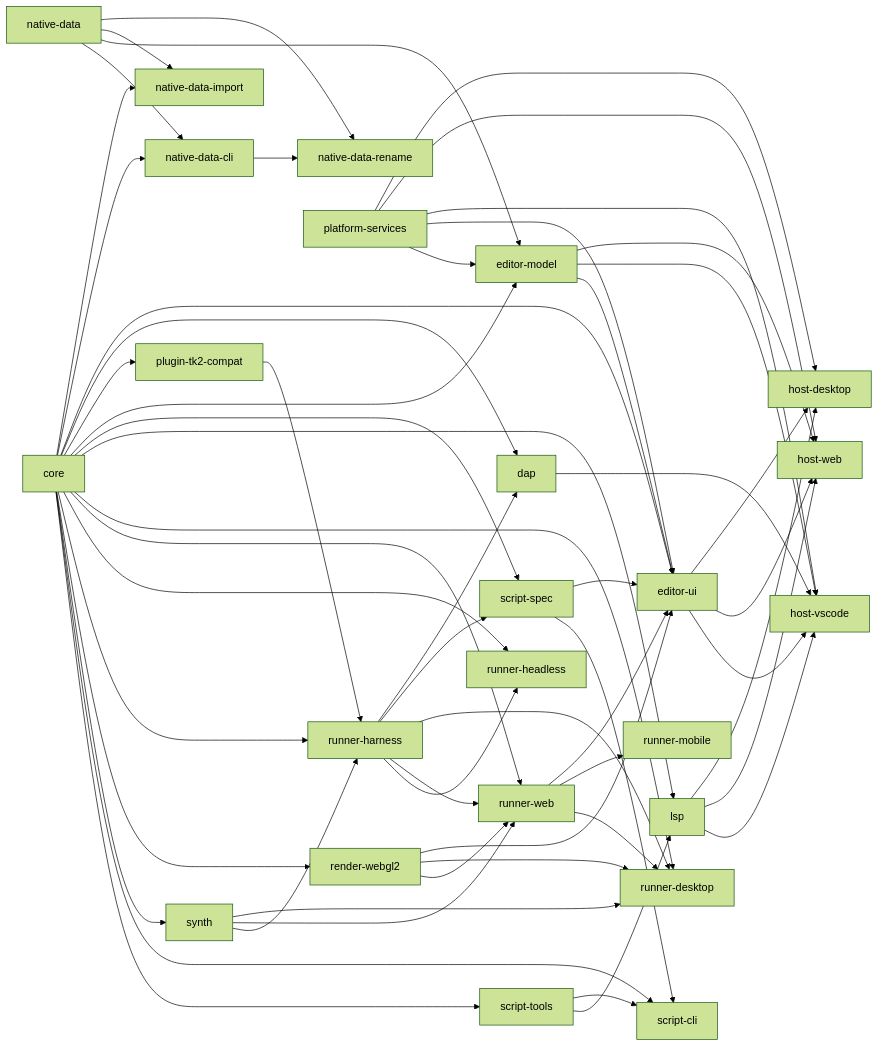
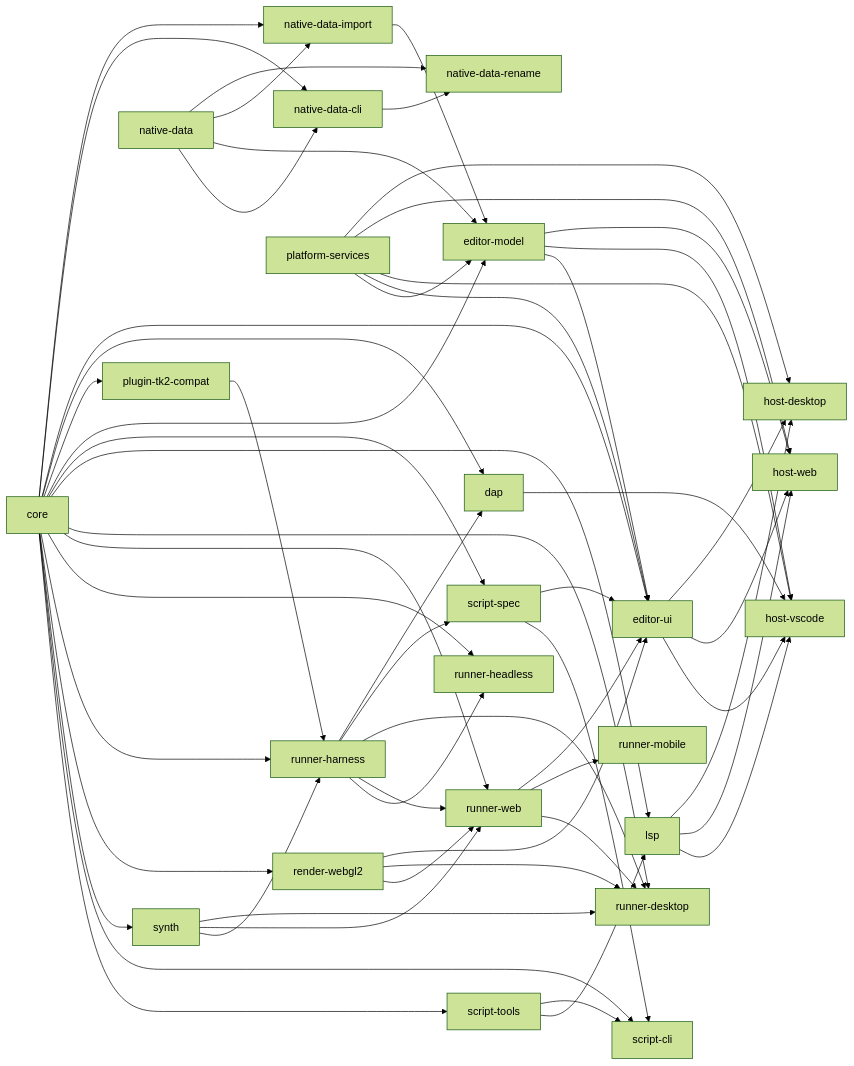
Before and after one commit to tk-reawakened/rpgtoolkit-reawakened: the first of 3 diagrams in _bmad-output/initiative-rpgtoolkit-reawakened/architecture-rpgtoolkit-reawakened/architecture-rpgtoolkit-reawakened.md, drawn with Mermaid (forest theme). The commit also changed 27 other files, not shown here.

````diff
--- a/_bmad-output/initiative-rpgtoolkit-reawakened/architecture-rpgtoolkit-reawakened/architecture-rpgtoolkit-reawakened.md
+++ b/_bmad-output/initiative-rpgtoolkit-reawakened/architecture-rpgtoolkit-reawakened/architecture-rpgtoolkit-reawakened.md
@@ -42,58 +42,59 @@
 ```mermaid
 graph LR
   core --> scripttools[script-tools]
   core --> scriptcli[script-cli]
   core --> synth
   core --> renderwebgl2[render-webgl2]
   core --> runnerharness[runner-harness]
   core --> runnerheadless[runner-headless]
   core --> runnerweb[runner-web]
   core --> runnerdesktop[runner-desktop]
   core --> lsp
   core --> scriptspec[script-spec]
   core --> editormodel[editor-model]
   core --> plugintk2compat[plugin-tk2-compat]
   scripttools --> lsp
   scripttools --> scriptcli
   scriptspec --> scriptcli
   synth --> runnerharness
   synth --> runnerweb
   synth --> runnerdesktop
   renderwebgl2 --> runnerweb
   renderwebgl2 --> runnerdesktop
   renderwebgl2 --> editorui[editor-ui]
   runnerharness --> runnerheadless
   runnerharness --> runnerweb
   runnerharness --> runnerdesktop
   runnerharness --> scriptspec
   core --> dap
   core --> editorui
   core --> nativedatacli[native-data-cli]
+  nativedataimport[native-data-import] --> editormodel
   runnerharness --> dap
   runnerweb --> runnerdesktop
   runnerweb --> runnermobile[runner-mobile]
   runnerweb --> editorui
   lsp --> hostvscode[host-vscode]
   lsp --> hostweb[host-web]
   lsp --> hostdesktop[host-desktop]
   dap --> hostvscode
   scriptspec --> editorui
   editormodel --> editorui
   editormodel --> hostvscode
   editormodel --> hostweb
   editorui --> hostvscode
   editorui --> hostweb
   editorui --> hostdesktop
   platformservices[platform-services] --> editormodel
   platformservices --> editorui
   platformservices --> hostvscode
   platformservices --> hostweb
   platformservices --> hostdesktop
   plugintk2compat --> runnerharness
   nativedata[native-data] --> nativedatacli
   nativedata --> editormodel
-  core --> nativedataimport[native-data-import]
+  core --> nativedataimport
   nativedata --> nativedataimport
   nativedata --> nativedatarename[native-data-rename]
   nativedatacli --> nativedatarename
 ```
````
